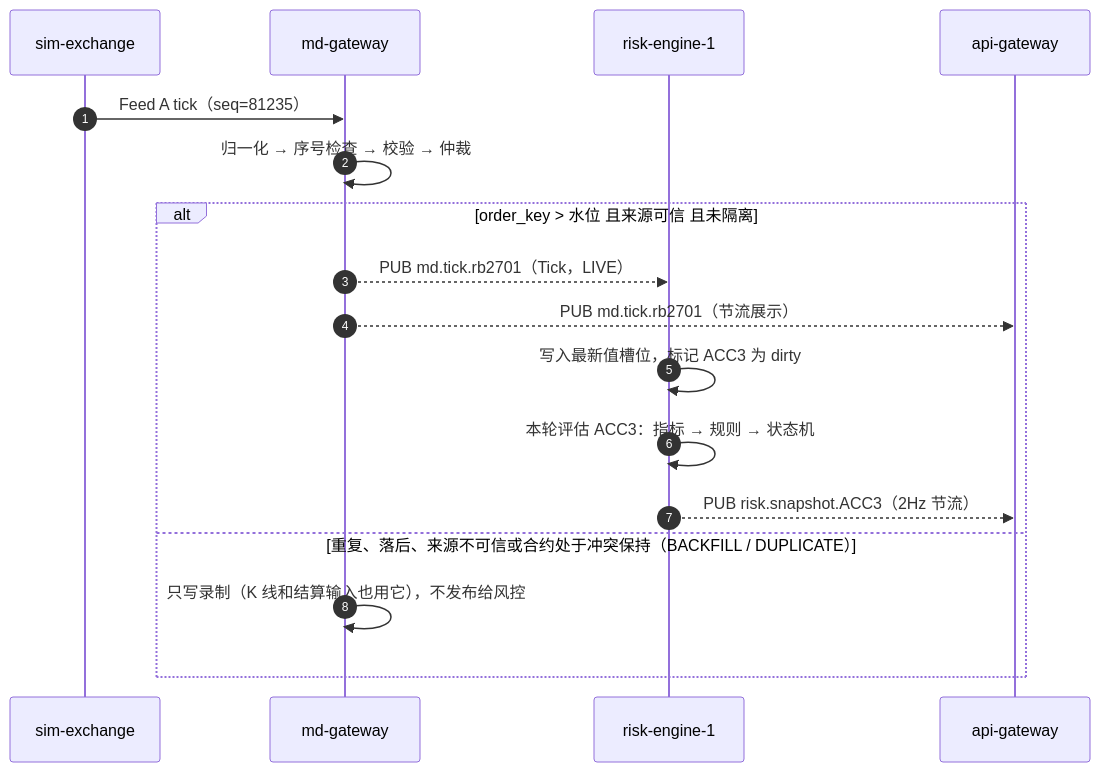
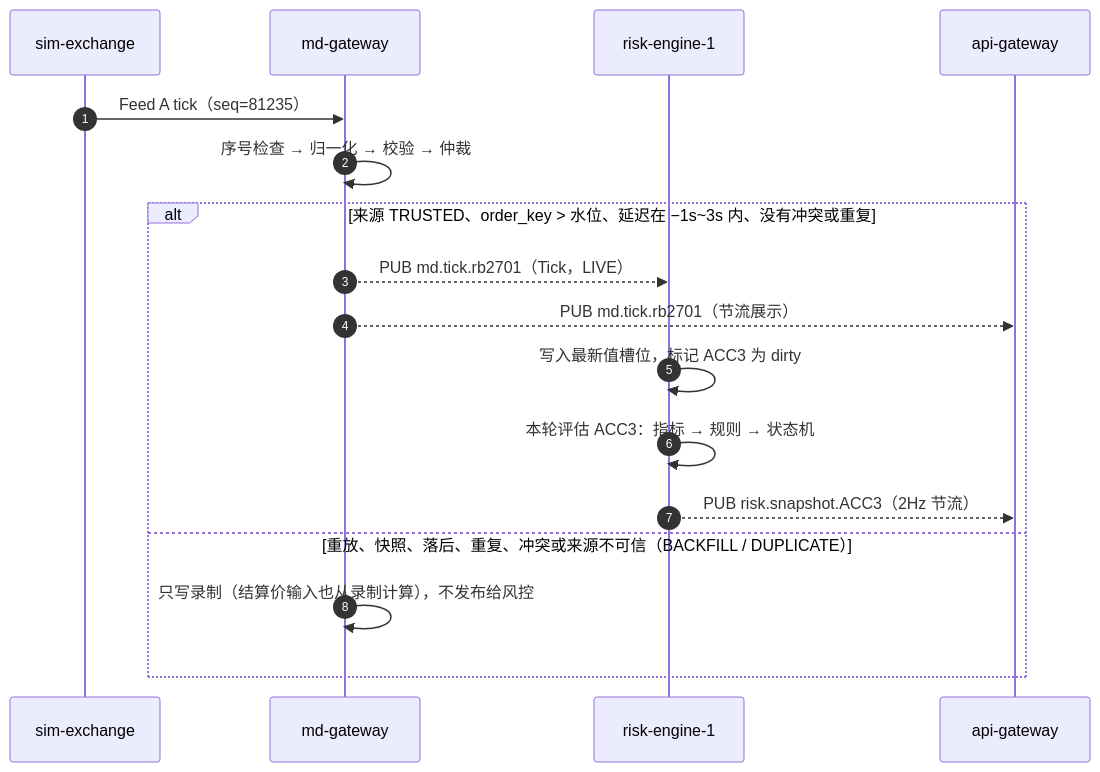
One commit to tom-xue-dev/futrisk changed the fifth of 17 diagrams in docs/01-architecture.md. Above: the diagram before and after it, drawn with Mermaid. The commit also changed other lines of this file and 31 other files, not shown here.

First line of the commit message:
文档：按代码重建 docs 为 v1.0，全量验证并重拍截图

````diff
--- a/docs/01-architecture.md
+++ b/docs/01-architecture.md
@@ -423,19 +448,19 @@
 ```mermaid
 sequenceDiagram
     autonumber
     participant SIM as sim-exchange
     participant MD as md-gateway
     participant RE as risk-engine-1
     participant API as api-gateway
     SIM->>MD: Feed A tick（seq=81235）
-    MD->>MD: 归一化 → 序号检查 → 校验 → 仲裁
-    alt order_key > 水位 且来源可信 且未隔离
+    MD->>MD: 序号检查 → 归一化 → 校验 → 仲裁
+    alt 来源 TRUSTED、order_key > 水位、延迟在 −1s~3s 内、没有冲突或重复
         MD-->>RE: PUB md.tick.rb2701（Tick，LIVE）
         MD-->>API: PUB md.tick.rb2701（节流展示）
         RE->>RE: 写入最新值槽位，标记 ACC3 为 dirty
         RE->>RE: 本轮评估 ACC3：指标 → 规则 → 状态机
         RE-->>API: PUB risk.snapshot.ACC3（2Hz 节流）
-    else 重复、落后、来源不可信或合约处于冲突保持（BACKFILL / DUPLICATE）
-        MD->>MD: 只写录制（K 线和结算输入也用它），不发布给风控
+    else 重放、快照、落后、重复、冲突或来源不可信（BACKFILL / DUPLICATE）
+        MD->>MD: 只写录制（结算价输入也从录制计算），不发布给风控
     end
 ```
````
